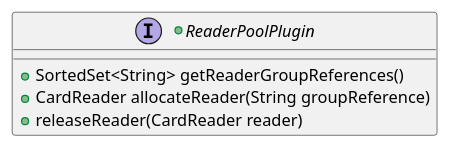
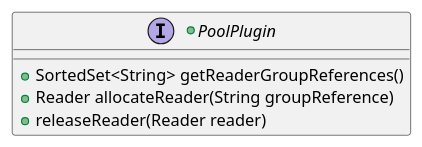
Before and after one commit to calypsonet/keyple: the fourth of 20 diagrams in src/KeypleCoreApi/puml/KeypleCore_Reader_ClassDiag_ClassElements.iuml, drawn with PlantUML. The commit also changed other lines of this file and 34 other files, not shown here.

```diff
--- a/src/KeypleCoreApi/puml/KeypleCore_Reader_ClassDiag_ClassElements.iuml
+++ b/src/KeypleCoreApi/puml/KeypleCore_Reader_ClassDiag_ClassElements.iuml
@@ -48,7 +48,7 @@
 @startuml(id=READER_POOLPLUGIN)
-+interface ReaderPoolPlugin {
++interface PoolPlugin {
   +SortedSet<String> getReaderGroupReferences()
-  +CardReader allocateReader(String groupReference)
-  +releaseReader(CardReader reader)
+  +Reader allocateReader(String groupReference)
+  +releaseReader(Reader reader)
 }
 @enduml
```
